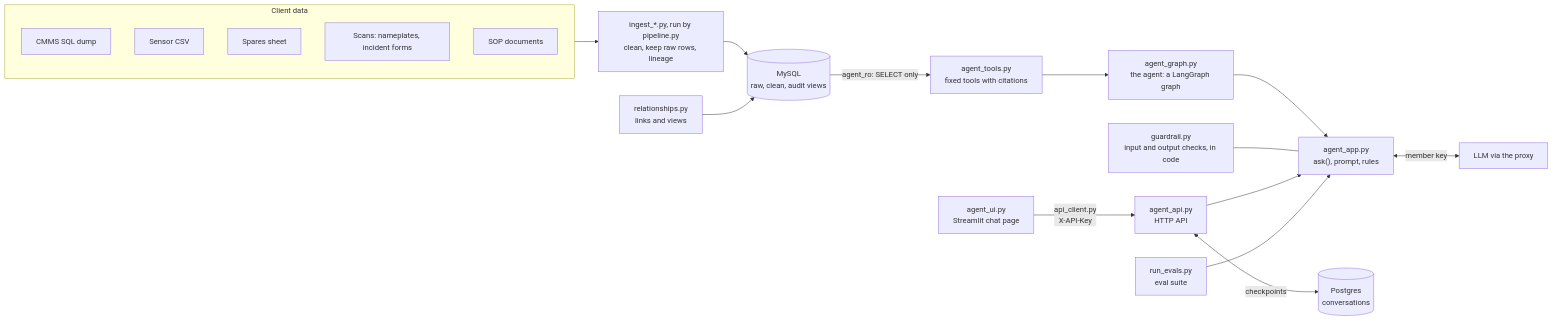
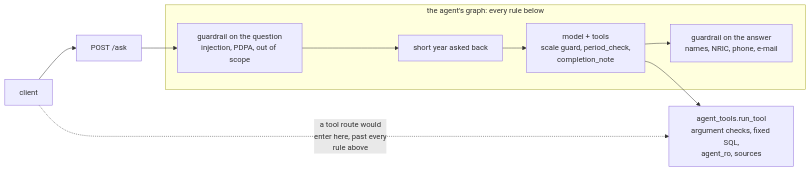
One commit to ensanguine2279/sctp-aie-m5-jurong-marine changed the diagram in docs/agent_api.md. Above: the diagram before and after it, drawn with Mermaid. The commit also changed other lines of this file and 32 other files, not shown here.

Commit message:
refactor: separated agent api and frontend into separate modules

````diff
--- a/docs/agent_api.md
+++ b/docs/agent_api.md
@@ -28,22 +173,14 @@
 ```mermaid
 flowchart LR
-    subgraph SRC["Client data"]
-        S1["CMMS SQL dump"]
-        S2["Sensor CSV"]
-        S3["Spares sheet"]
-        S4["Scans: nameplates, incident forms"]
-        S5["SOP documents"]
+    C["client"] --> ASK["POST /ask"]
+    subgraph ASKF["the agent's graph: every rule below"]
+        GI["guardrail on the question<br/>injection, PDPA, out of scope"]
+        SY["short year asked back"]
+        LOOP["model + tools<br/>scale guard, period_check,<br/>completion_note"]
+        GO["guardrail on the answer<br/>names, NRIC, phone, e-mail"]
+        GI --> SY --> LOOP --> GO
     end
-    SRC --> I["ingest_*.py, run by pipeline.py<br/>clean, keep raw rows, lineage"]
-    I --> DB[("MySQL<br/>raw, clean, audit views")]
-    R["relationships.py<br/>links and views"] --> DB
-    DB -->|"agent_ro: SELECT only"| T["agent_tools.py<br/>fixed tools with citations"]
-    T --> GR["agent_graph.py<br/>the agent: a LangGraph graph"]
-    GR --> A["agent_app.py<br/>ask(), prompt, rules"]
-    G["guardrail.py<br/>input and output checks, in code"] --- A
-    A <-->|"member key"| L["LLM via the proxy"]
-    U["agent_ui.py<br/>Streamlit chat page"] -->|"api_client.py<br/>X-API-Key"| X
-    X["agent_api.py<br/>HTTP API"] --> A
-    X <-->|"checkpoints"| PG[("Postgres<br/>conversations")]
-    E["run_evals.py<br/>eval suite"] --> A
+    ASK --> GI
+    LOOP --> RT["agent_tools.run_tool<br/>argument checks, fixed SQL,<br/>agent_ro, sources"]
+    C -. "a tool route would<br/>enter here, past every<br/>rule above" .-> RT
 ```
````
